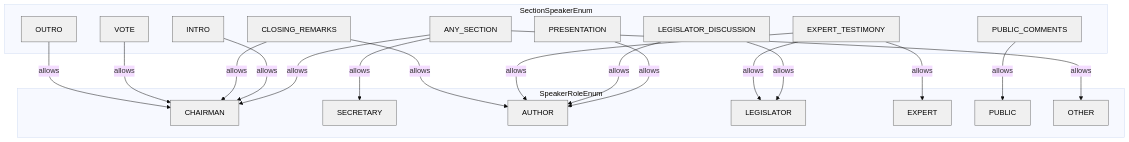
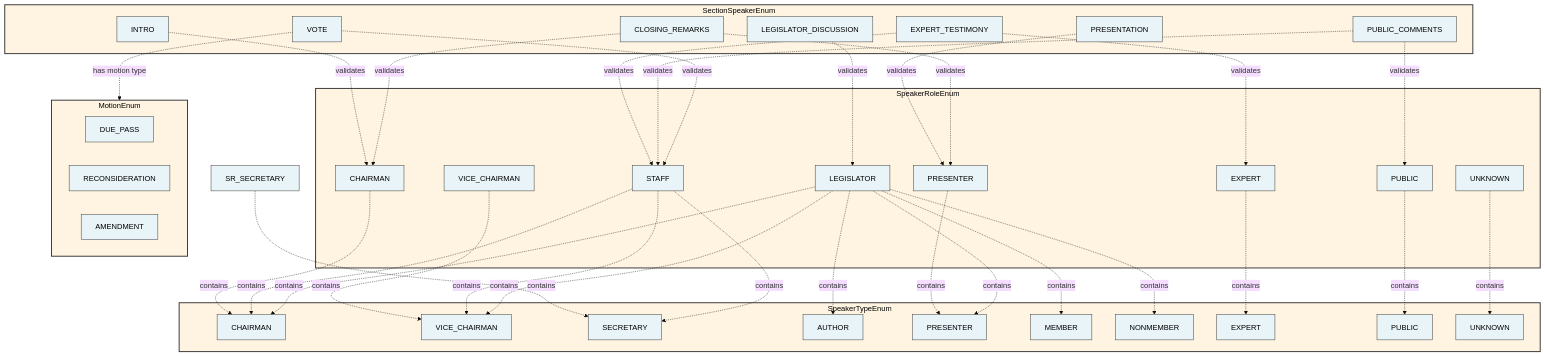
One commit to IsaacFigNewton/CommitteeHearingDiscourseParser changed the first of 2 diagrams in README.md. Above: the diagram before and after it, drawn with Mermaid (base theme). The commit also changed other lines of this file and 2 other files, not shown here.

Commit message:
updated data model documentation
also removed secretary from speaker roles
it's just grouped under "STAFF" now

````diff
--- a/README.md
+++ b/README.md
@@ -4,19 +25,30 @@
 ```mermaid
-graph TD
-    %% SpeakerRoleEnum subgraph
-    subgraph SpeakerRoles[SpeakerRoleEnum]
-        CHAIRMAN[CHAIRMAN]
-        SECRETARY[SECRETARY]
-        AUTHOR[AUTHOR]
-        LEGISLATOR[LEGISLATOR]
-        EXPERT[EXPERT]
-        PUBLIC[PUBLIC]
-        OTHER[OTHER]
+graph TB
+    subgraph "SpeakerTypeEnum"
+        ST_CHAIRMAN[CHAIRMAN]
+        ST_VICE_CHAIRMAN[VICE_CHAIRMAN]
+        ST_SECRETARY[SECRETARY]
+        ST_AUTHOR[AUTHOR]
+        ST_PRESENTER[PRESENTER]
+        ST_MEMBER[MEMBER]
+        ST_NONMEMBER[NONMEMBER]
+        ST_EXPERT[EXPERT]
+        ST_PUBLIC[PUBLIC]
+        ST_UNKNOWN[UNKNOWN]
     end
 
-    %% SectionSpeakerEnum subgraph
-    subgraph SectionSpeakers[SectionSpeakerEnum]
-        ANY_SECTION[ANY_SECTION]
+    subgraph "SpeakerRoleEnum"
+        SR_CHAIRMAN[CHAIRMAN]
+        SR_VICE_CHAIRMAN[VICE_CHAIRMAN]
+        SR_STAFF[STAFF]
+        SR_PRESENTER[PRESENTER]
+        SR_LEGISLATOR[LEGISLATOR]
+        SR_EXPERT[EXPERT]
+        SR_PUBLIC[PUBLIC]
+        SR_UNKNOWN[UNKNOWN]
+    end
+
+    subgraph "SectionSpeakerEnum"
         INTRO[INTRO]
         PRESENTATION[PRESENTATION]
         LEGISLATOR_DISCUSSION[LEGISLATOR_DISCUSSION]
@@ -24,37 +56,53 @@
         PUBLIC_COMMENTS[PUBLIC_COMMENTS]
         CLOSING_REMARKS[CLOSING_REMARKS]
         VOTE[VOTE]
-        OUTRO[OUTRO]
     end
 
-    %% SectionSpeakerEnum to SpeakerRoleEnum associations
-    ANY_SECTION -->|allows| CHAIRMAN
-    ANY_SECTION -->|allows| SECRETARY
-    ANY_SECTION -->|allows| OTHER
+    subgraph "MotionEnum"
+        DUE_PASS[DUE_PASS]
+        RECONSIDERATION[RECONSIDERATION]
+        AMENDMENT[AMENDMENT]
+    end
 
-    INTRO -->|allows| CHAIRMAN
+    %% SpeakerRoleEnum -> SpeakerTypeEnum mappings
+    SR_CHAIRMAN -.->|contains| ST_CHAIRMAN
+    SR_VICE_CHAIRMAN -.->|contains| ST_VICE_CHAIRMAN
+    SR_SECRETARY -.->|contains| ST_SECRETARY
+    SR_STAFF -.->|contains| ST_CHAIRMAN
+    SR_STAFF -.->|contains| ST_VICE_CHAIRMAN
+    SR_STAFF -.->|contains| ST_SECRETARY
+    SR_PRESENTER -.->|contains| ST_PRESENTER
+    SR_LEGISLATOR -.->|contains| ST_CHAIRMAN
+    SR_LEGISLATOR -.->|contains| ST_VICE_CHAIRMAN
+    SR_LEGISLATOR -.->|contains| ST_AUTHOR
+    SR_LEGISLATOR -.->|contains| ST_PRESENTER
+    SR_LEGISLATOR -.->|contains| ST_MEMBER
+    SR_LEGISLATOR -.->|contains| ST_NONMEMBER
+    SR_EXPERT -.->|contains| ST_EXPERT
+    SR_PUBLIC -.->|contains| ST_PUBLIC
+    SR_UNKNOWN -.->|contains| ST_UNKNOWN
 
-    PRESENTATION -->|allows| AUTHOR
+    %% SectionSpeakerEnum -> SpeakerRoleEnum validations
+    INTRO -.->|validates| SR_CHAIRMAN
+    PRESENTATION -.->|validates| SR_PRESENTER
+    LEGISLATOR_DISCUSSION -.->|validates| SR_LEGISLATOR
+    EXPERT_TESTIMONY -.->|validates| SR_STAFF
+    EXPERT_TESTIMONY -.->|validates| SR_EXPERT
+    PUBLIC_COMMENTS -.->|validates| SR_STAFF
+    PUBLIC_COMMENTS -.->|validates| SR_PUBLIC
+    CLOSING_REMARKS -.->|validates| SR_CHAIRMAN
+    CLOSING_REMARKS -.->|validates| SR_PRESENTER
+    VOTE -.->|validates| SR_STAFF
 
-    LEGISLATOR_DISCUSSION -->|allows| AUTHOR
-    LEGISLATOR_DISCUSSION -->|allows| LEGISLATOR
-
-    EXPERT_TESTIMONY -->|allows| AUTHOR
-    EXPERT_TESTIMONY -->|allows| LEGISLATOR
-    EXPERT_TESTIMONY -->|allows| EXPERT
-
-    PUBLIC_COMMENTS -->|allows| PUBLIC
-
-    CLOSING_REMARKS -->|allows| CHAIRMAN
-    CLOSING_REMARKS -->|allows| AUTHOR
-
-    VOTE -->|allows| CHAIRMAN
-
-    OUTRO -->|allows| CHAIRMAN
+    %% VoteSection -> MotionEnum
+    VOTE -.->|has motion type| MotionEnum
 
     classDef enumClass fill:#fff4e1,stroke:#333,stroke-width:2px,color:#000
-    classDef enumValue fill:#f0f0f0,stroke:#666,stroke-width:1px,color:#000
+    classDef valueClass fill:#e8f4f8,stroke:#333,stroke-width:1px,color:#000
 
-    class SpeakerRoleEnum,SectionSpeakerEnum enumClass
-    class CHAIRMAN,SECRETARY,AUTHOR,LEGISLATOR,EXPERT,PUBLIC,OTHER,ANY_SECTION,INTRO,PRESENTATION,LEGISLATOR_DISCUSSION,EXPERT_TESTIMONY,PUBLIC_COMMENTS,CLOSING_REMARKS,VOTE,OUTRO enumValue
+    class SpeakerTypeEnum,SpeakerRoleEnum,SectionSpeakerEnum,MotionEnum enumClass
+    class ST_CHAIRMAN,ST_VICE_CHAIRMAN,ST_SECRETARY,ST_AUTHOR,ST_PRESENTER,ST_MEMBER,ST_NONMEMBER,ST_EXPERT,ST_PUBLIC,ST_UNKNOWN valueClass
+    class SR_CHAIRMAN,SR_VICE_CHAIRMAN,SR_SECRETARY,SR_STAFF,SR_PRESENTER,SR_LEGISLATOR,SR_EXPERT,SR_PUBLIC,SR_UNKNOWN valueClass
+    class INTRO,PRESENTATION,LEGISLATOR_DISCUSSION,EXPERT_TESTIMONY,PUBLIC_COMMENTS,CLOSING_REMARKS,VOTE valueClass
+    class DUE_PASS,RECONSIDERATION,AMENDMENT valueClass
 ```
````
